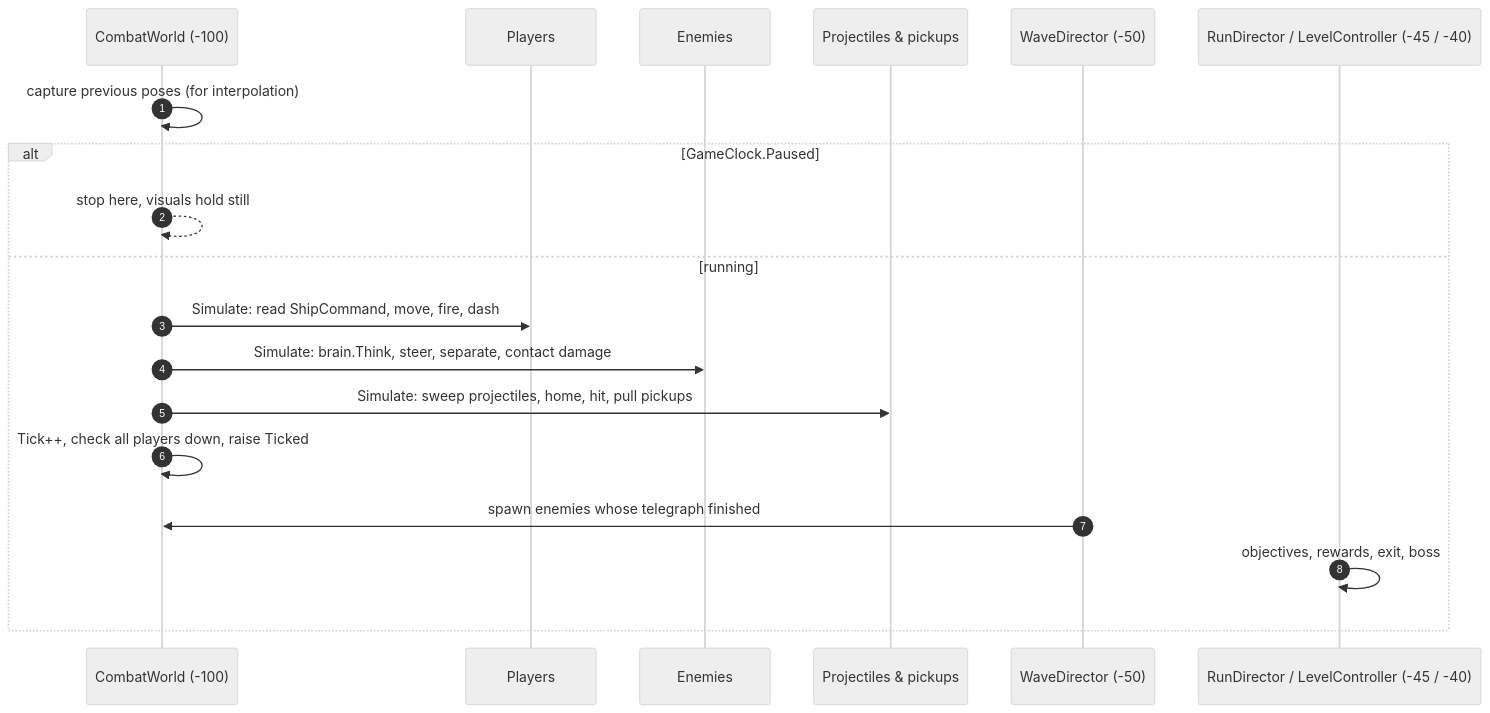
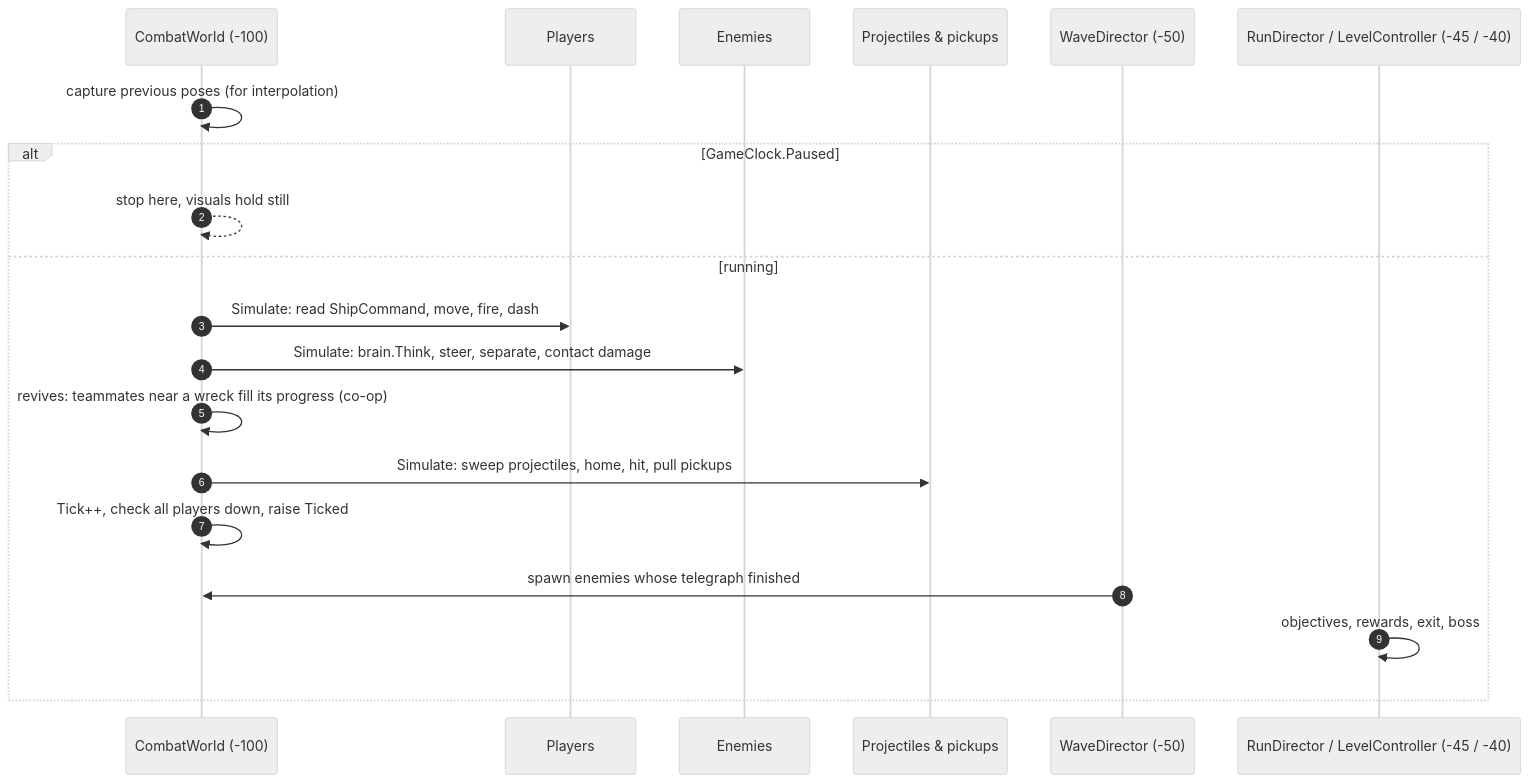
The first of 4 diagrams in docs/technical/simulation.md (smnlevente/pathfinder), drawn with Mermaid (neutral theme) before and after one commit. The commit also changed other lines of this file and 72 other files, not shown here.

````diff
--- a/docs/technical/simulation.md
+++ b/docs/technical/simulation.md
@@ -13,21 +13,22 @@
 ```mermaid
 sequenceDiagram
     autonumber
     participant W as CombatWorld (-100)
     participant P as Players
     participant E as Enemies
     participant S as Projectiles & pickups
     participant D as WaveDirector (-50)
     participant R as RunDirector / LevelController (-45 / -40)
     W->>W: capture previous poses (for interpolation)
     alt GameClock.Paused
         W-->>W: stop here, visuals hold still
     else running
         W->>P: Simulate: read ShipCommand, move, fire, dash
         W->>E: Simulate: brain.Think, steer, separate, contact damage
+        W->>W: revives: teammates near a wreck fill its progress (co-op)
         W->>S: Simulate: sweep projectiles, home, hit, pull pickups
         W->>W: Tick++, check all players down, raise Ticked
         D->>W: spawn enemies whose telegraph finished
         R->>R: objectives, rewards, exit, boss
     end
 ```
````
